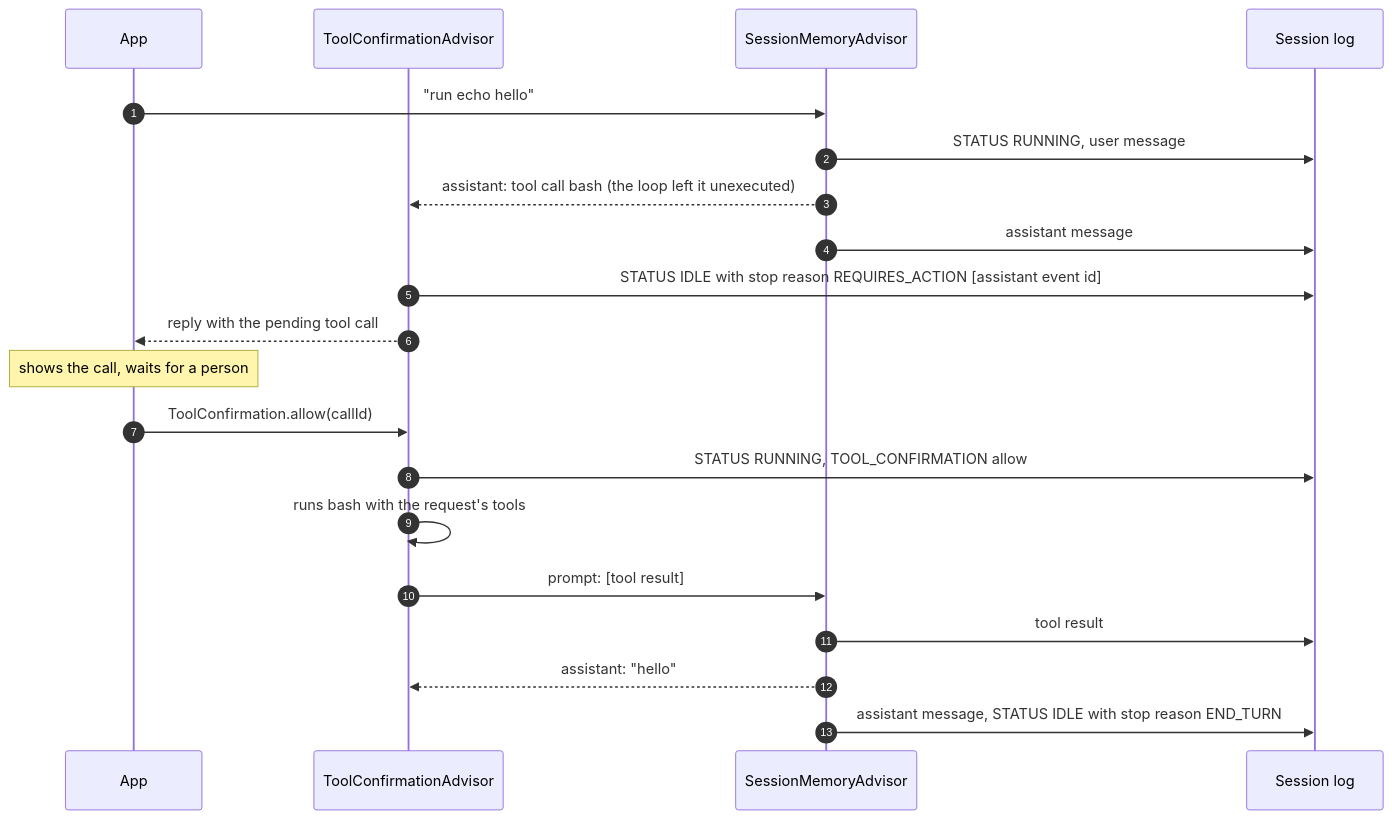
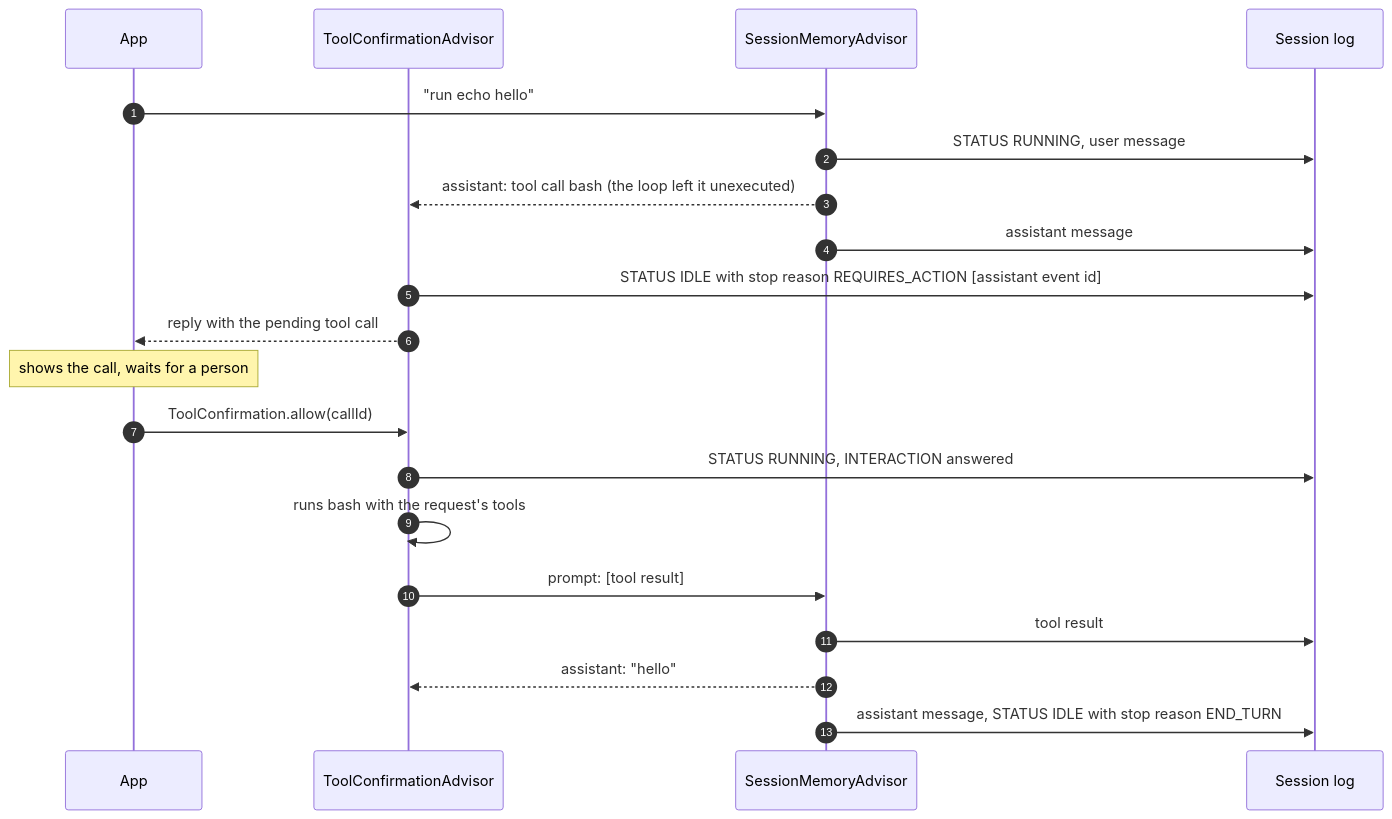
Before and after one commit to spring-ai-community/spring-ai-session: the fifth of 5 diagrams in docs/session-management/concepts.md, drawn with Mermaid. The commit also changed other lines of this file and 26 other files, not shown here.

````diff
--- a/docs/session-management/concepts.md
+++ b/docs/session-management/concepts.md
@@ -614,22 +614,22 @@
 ```mermaid
 sequenceDiagram
     autonumber
     participant App
     participant Gate as ToolConfirmationAdvisor
     participant SMA as SessionMemoryAdvisor
     participant Log as Session log
     App->>SMA: "run echo hello"
     SMA->>Log: STATUS RUNNING, user message
     SMA-->>Gate: assistant: tool call bash (the loop left it unexecuted)
     SMA->>Log: assistant message
     Gate->>Log: STATUS IDLE with stop reason REQUIRES_ACTION [assistant event id]
     Gate-->>App: reply with the pending tool call
     Note over App: shows the call, waits for a person
     App->>Gate: ToolConfirmation.allow(callId)
-    Gate->>Log: STATUS RUNNING, TOOL_CONFIRMATION allow
+    Gate->>Log: STATUS RUNNING, INTERACTION answered
     Gate->>Gate: runs bash with the request's tools
     Gate->>SMA: prompt: [tool result]
     SMA->>Log: tool result
     SMA-->>Gate: assistant: "hello"
     SMA->>Log: assistant message, STATUS IDLE with stop reason END_TURN
 ```
````
